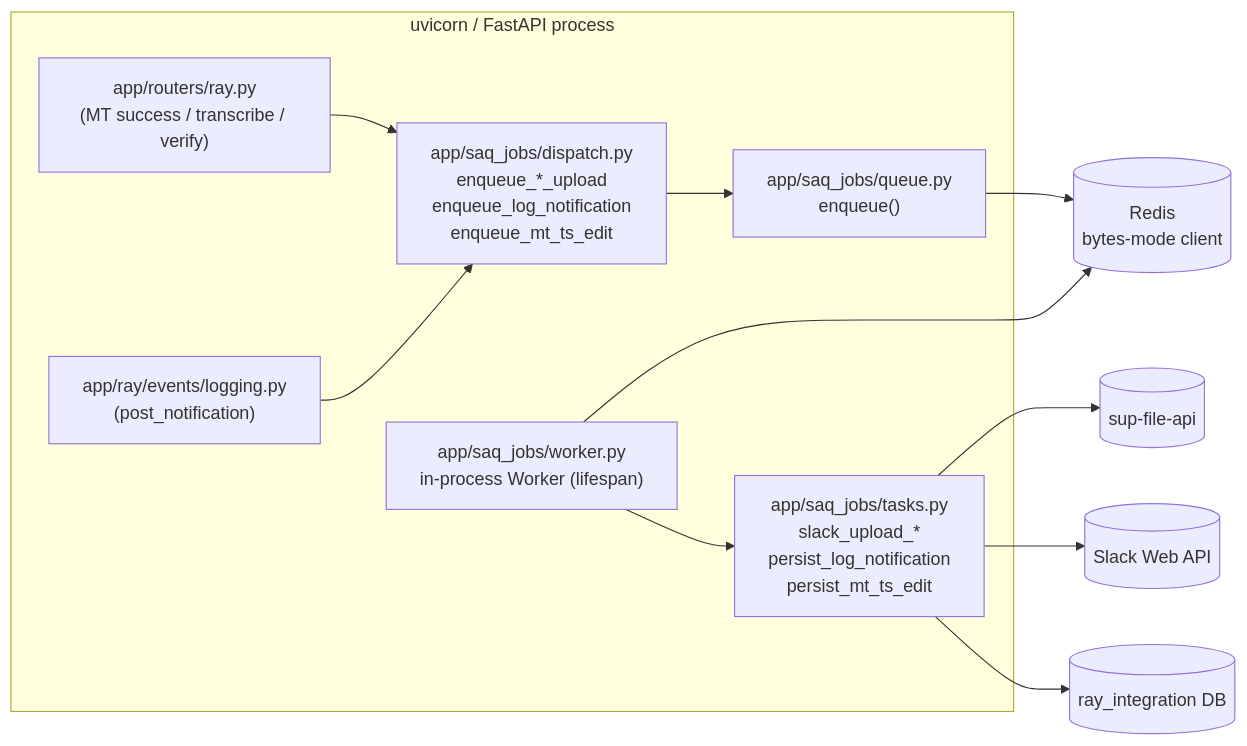
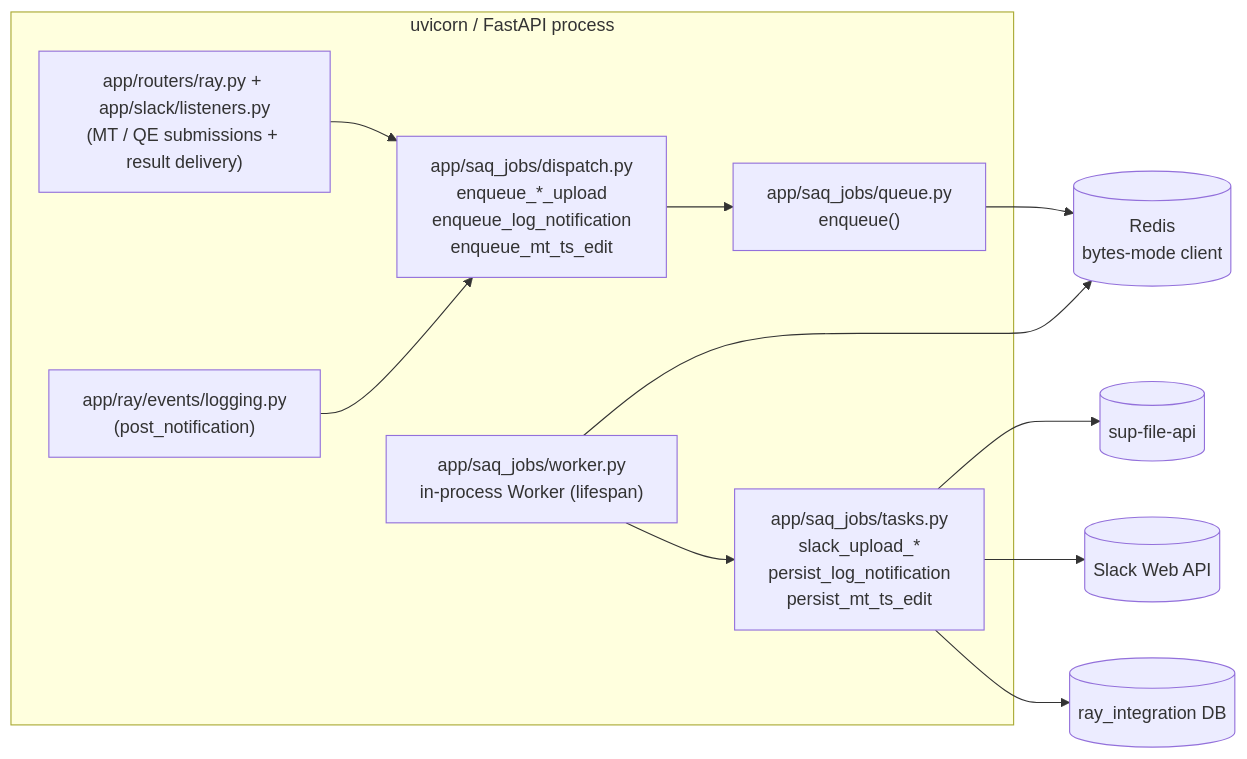
One commit to strakergroup/Nake-Agentic-Slack changed the diagram in docs/saq-durable-file-handling.md. Above: the diagram before and after it, drawn with Mermaid. The commit also changed other lines of this file and 14 other files, not shown here.

First line of the commit message:
RAY-79728 Queue Slack file submissions reliably

````diff
--- a/docs/saq-durable-file-handling.md
+++ b/docs/saq-durable-file-handling.md
@@ -39,26 +39,26 @@
 ```mermaid
 flowchart LR
     subgraph FastAPI["uvicorn / FastAPI process"]
-        Router["app/routers/ray.py\n(MT success / transcribe / verify)"]
+        Router["app/routers/ray.py + app/slack/listeners.py\n(MT / QE submissions + result delivery)"]
         Logger["app/ray/events/logging.py\n(post_notification)"]
         Dispatch["app/saq_jobs/dispatch.py\nenqueue_*_upload\nenqueue_log_notification\nenqueue_mt_ts_edit"]
         Queue["app/saq_jobs/queue.py\nenqueue()"]
         Worker["app/saq_jobs/worker.py\nin-process Worker (lifespan)"]
         Tasks["app/saq_jobs/tasks.py\nslack_upload_*\npersist_log_notification\npersist_mt_ts_edit"]
     end
 
     Redis[("Redis\nbytes-mode client")]
     FileServer[("sup-file-api")]
     SlackAPI[("Slack Web API")]
     DB[("ray_integration DB")]
 
     Router --> Dispatch
     Logger --> Dispatch
     Dispatch --> Queue
     Queue --> Redis
     Worker --> Redis
     Worker --> Tasks
     Tasks --> FileServer
     Tasks --> SlackAPI
     Tasks --> DB
 ```
````
